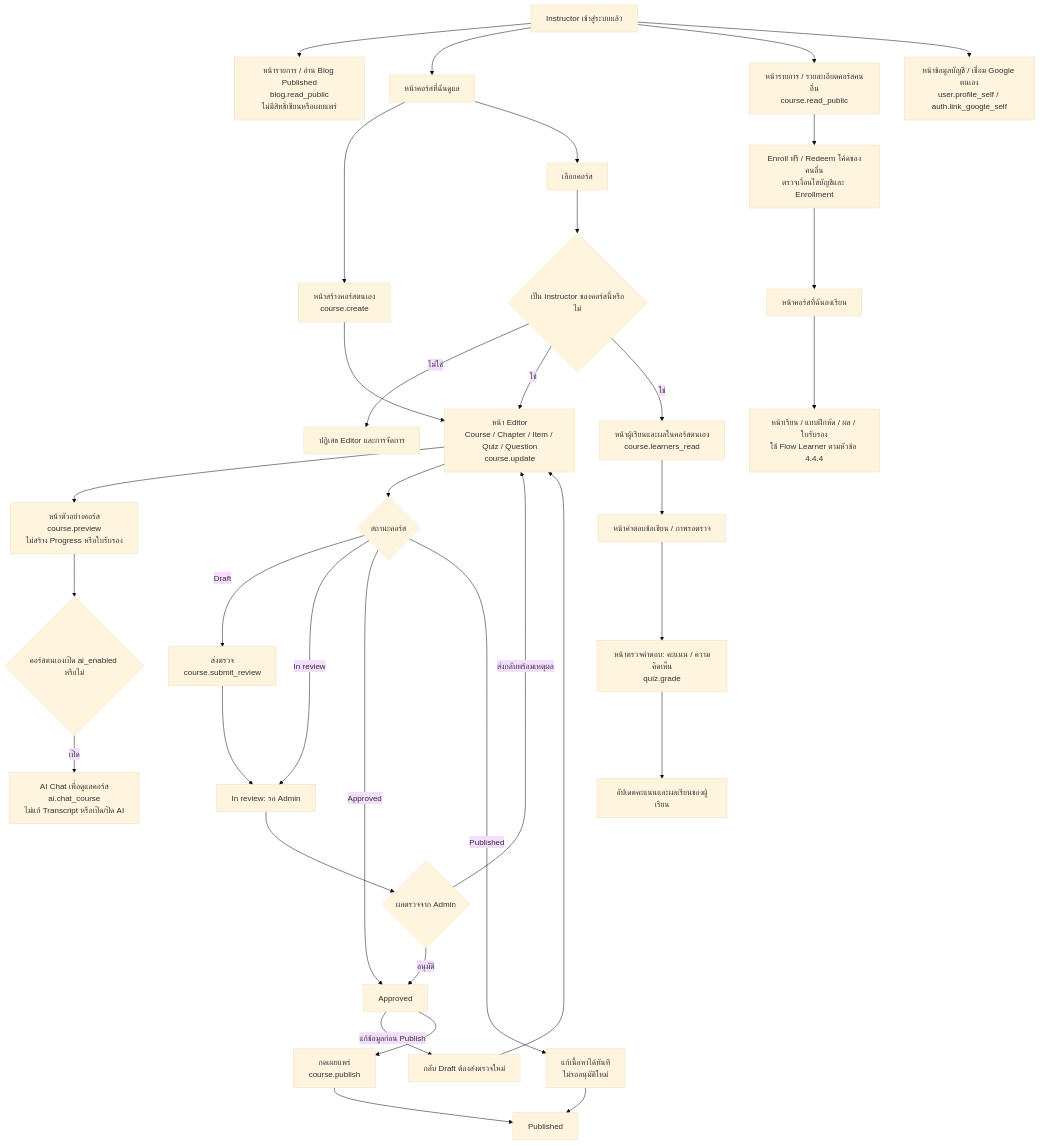
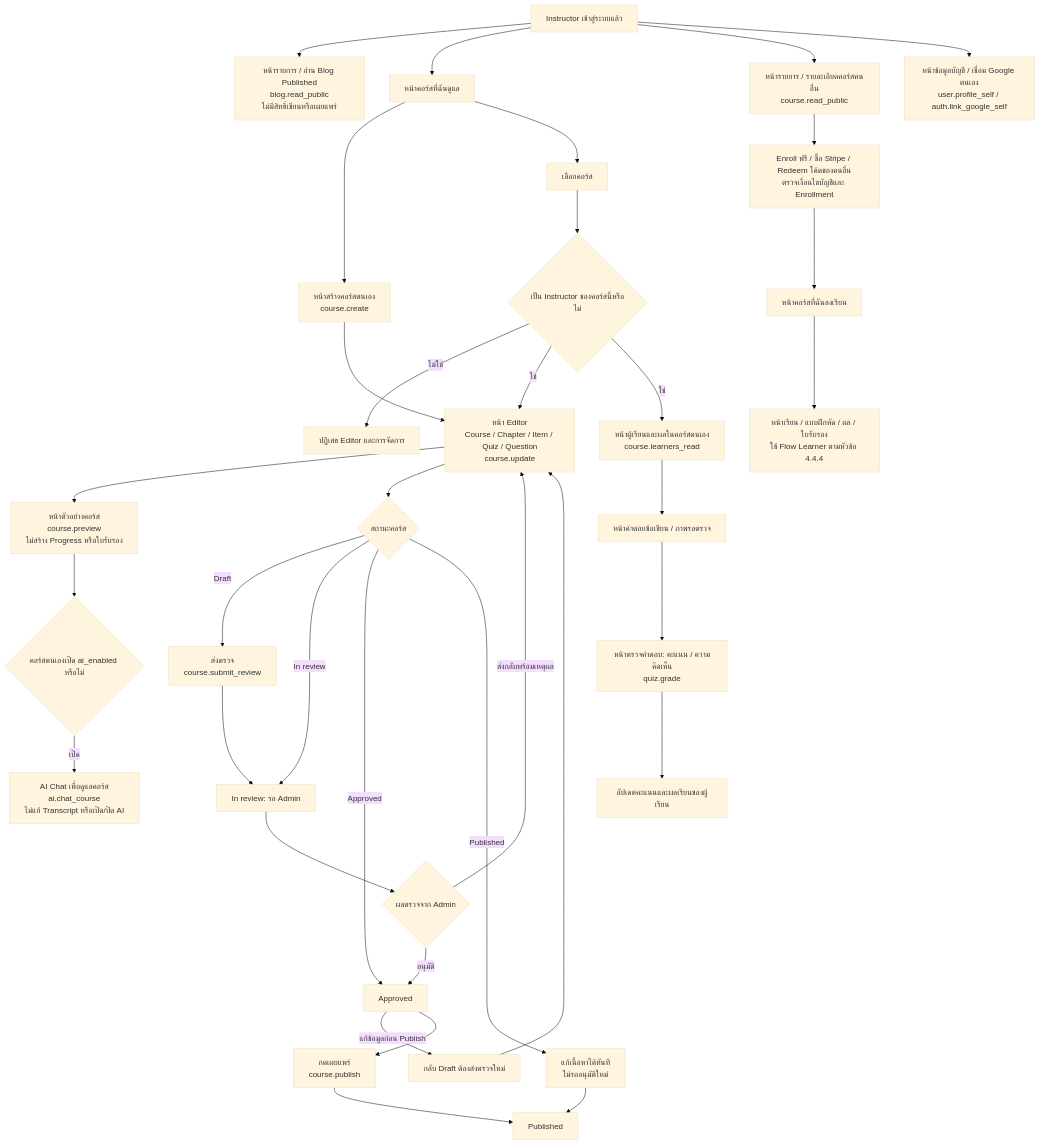
Before and after one commit to natthawat141/meleran-ux-ui-2026: the fifth of 11 diagrams in docs/MELEARN_V1_SCOPE.md, drawn with Mermaid (base theme). The commit also changed other lines of this file and 14 other files, not shown here.

````diff
--- a/docs/MELEARN_V1_SCOPE.md
+++ b/docs/MELEARN_V1_SCOPE.md
@@ -675,37 +740,37 @@
 ```mermaid
 flowchart TD
     I_START["Instructor เข้าสู่ระบบแล้ว"] --> I_BLOG["หน้ารายการ / อ่าน Blog Published<br/>blog.read_public<br/>ไม่มีสิทธิ์เขียนหรือเผยแพร่"]
     I_START --> I_MANAGE["หน้าคอร์สที่ฉันดูแล"]
     I_START --> I_OTHER["หน้ารายการ / รายละเอียดคอร์สคนอื่น<br/>course.read_public"]
     I_START --> I_PROFILE["หน้าข้อมูลบัญชี / เชื่อม Google ตนเอง<br/>user.profile_self / auth.link_google_self"]
     I_MANAGE --> I_NEW["หน้าสร้างคอร์สตนเอง<br/>course.create"]
     I_MANAGE --> I_SELECT["เลือกคอร์ส"]
     I_SELECT --> I_OWNER{"เป็น Instructor ของคอร์สนี้หรือไม่"}
     I_OWNER -->|ไม่ใช่| I_DENY["ปฏิเสธ Editor และการจัดการ"]
     I_OWNER -->|ใช่| I_EDITOR["หน้า Editor<br/>Course / Chapter / Item / Quiz / Question<br/>course.update"]
     I_NEW --> I_EDITOR
     I_EDITOR --> I_PREVIEW["หน้าตัวอย่างคอร์ส<br/>course.preview<br/>ไม่สร้าง Progress หรือใบรับรอง"]
     I_PREVIEW --> I_AI_CHECK{"คอร์สตนเองเปิด ai_enabled หรือไม่"}
     I_AI_CHECK -->|เปิด| I_AI["AI Chat เพื่อดูแลคอร์ส<br/>ai.chat_course<br/>ไม่แก้ Transcript หรือเปิด/ปิด AI"]
     I_EDITOR --> I_STATUS{"สถานะคอร์ส"}
     I_STATUS -->|Draft| I_SUBMIT["ส่งตรวจ<br/>course.submit_review"]
     I_STATUS -->|In review| I_REVIEW
     I_SUBMIT --> I_REVIEW["In review: รอ Admin"]
     I_REVIEW --> I_DECISION{"ผลตรวจจาก Admin"}
     I_DECISION -->|ส่งกลับพร้อมเหตุผล| I_EDITOR
     I_DECISION -->|อนุมัติ| I_APPROVED["Approved"]
     I_STATUS -->|Approved| I_APPROVED
     I_APPROVED -->|แก้ข้อมูลก่อน Publish| I_REAPPROVE["กลับ Draft ต้องส่งตรวจใหม่"]
     I_REAPPROVE --> I_EDITOR
     I_APPROVED --> I_PUBLISH["กดเผยแพร่<br/>course.publish"]
     I_PUBLISH --> I_PUBLISHED["Published"]
     I_STATUS -->|Published| I_LIVE_EDIT["แก้เนื้อหาได้ทันที<br/>ไม่รออนุมัติใหม่"]
     I_LIVE_EDIT --> I_PUBLISHED
     I_OWNER -->|ใช่| I_LEARNERS["หน้าผู้เรียนและผลในคอร์สตนเอง<br/>course.learners_read"]
     I_LEARNERS --> I_QUEUE["หน้าคำตอบข้อเขียน / ภาพรอตรวจ"]
     I_QUEUE --> I_GRADE["หน้าตรวจคำตอบ: คะแนน / ความคิดเห็น<br/>quiz.grade"]
     I_GRADE --> I_LEARNER_RESULT["อัปเดตคะแนนและผลเรียนของผู้เรียน"]
-    I_OTHER --> I_OTHER_ACCESS["Enroll ฟรี / Redeem โค้ดของคนอื่น<br/>ตรวจเงื่อนไขบัญชีและ Enrollment"]
+    I_OTHER --> I_OTHER_ACCESS["Enroll ฟรี / ซื้อ Stripe / Redeem โค้ดของคนอื่น<br/>ตรวจเงื่อนไขบัญชีและ Enrollment"]
     I_OTHER_ACCESS --> I_MY_LEARNING["หน้าคอร์สที่ฉันลงเรียน"]
     I_MY_LEARNING --> I_LEARN["หน้าเรียน / แบบฝึกหัด / ผล / ใบรับรอง<br/>ใช้ Flow Learner ตามหัวข้อ 4.4.4"]
 ```
````
